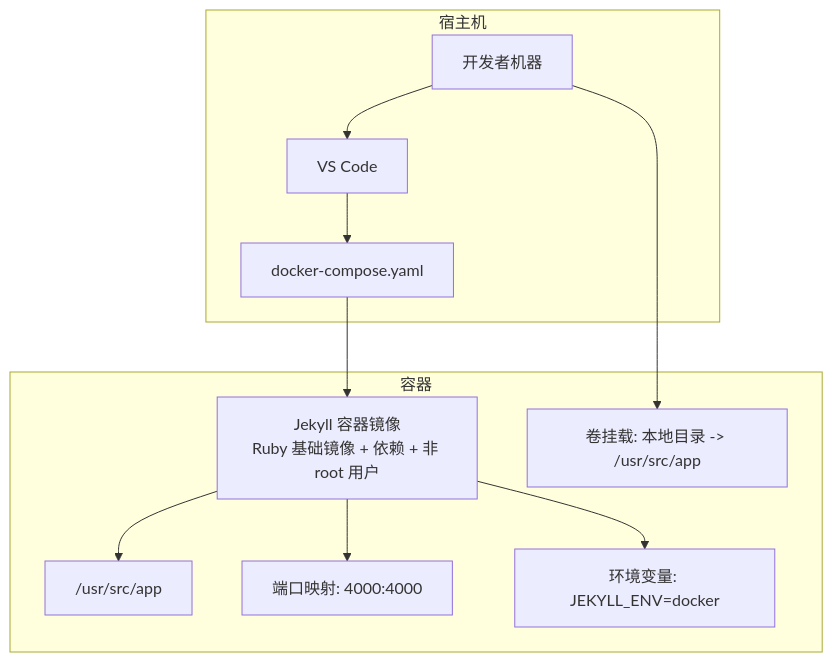
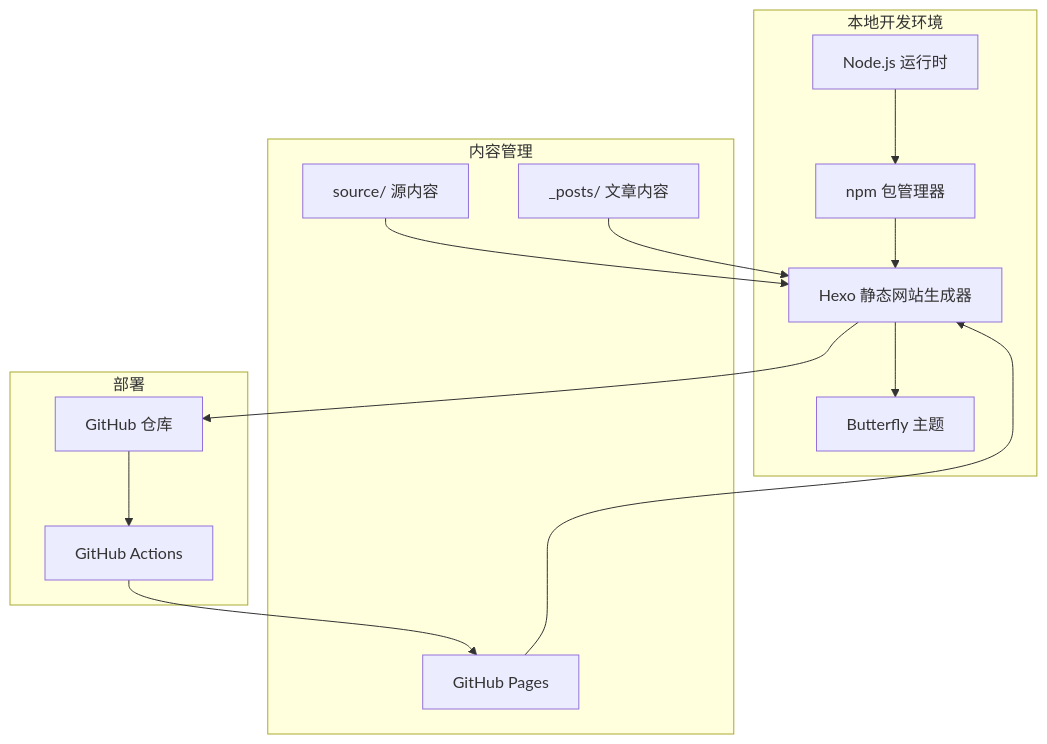
The first of 6 diagrams in .qoder/repowiki/zh/content/部署和维护/Docker 容器化部署.md (CoolPig0720/CoolPig0720.github.io), drawn with Mermaid before and after one commit. The commit also changed other lines of this file and 36 other files, not shown here.

````diff
--- a/.qoder/repowiki/zh/content/部署和维护/Docker 容器化部署.md
+++ b/.qoder/repowiki/zh/content/部署和维护/Docker 容器化部署.md
@@ -41,22 +41,28 @@
 ```mermaid
 graph TB
-subgraph "宿主机"
-Host["开发者机器"]
-VSCode["VS Code"]
-Compose["docker-compose.yaml"]
+subgraph "本地开发环境"
+NodeJS["Node.js 运行时"]
+NPM["npm 包管理器"]
+Hexo["Hexo 静态网站生成器"]
+Theme["Butterfly 主题"]
 end
-subgraph "容器"
-Image["Jekyll 容器镜像<br/>Ruby 基础镜像 + 依赖 + 非 root 用户"]
-Workdir["/usr/src/app"]
-Volume["卷挂载: 本地目录 -> /usr/src/app"]
-Port["端口映射: 4000:4000"]
-Env["环境变量: JEKYLL_ENV=docker"]
+subgraph "内容管理"
+Source["source/ 源内容"]
+Posts["_posts/ 文章内容"]
+Pages["页面内容"]
 end
-Host --> VSCode
-VSCode --> Compose
-Compose --> Image
-Image --> Workdir
-Host --> Volume
-Image --> Port
-Image --> Env
+subgraph "部署"
+GitHub["GitHub 仓库"]
+Pages["GitHub Pages"]
+Actions["GitHub Actions"]
+end
+NodeJS --> NPM
+NPM --> Hexo
+Hexo --> Theme
+Source --> Hexo
+Posts --> Hexo
+Pages --> Hexo
+Hexo --> GitHub
+GitHub --> Actions
+Actions --> Pages
 ```
````
